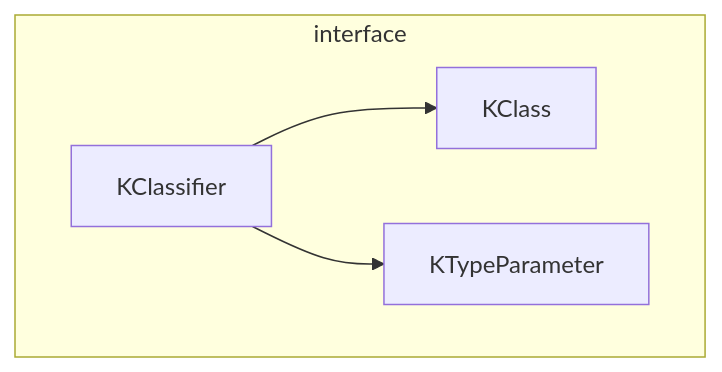
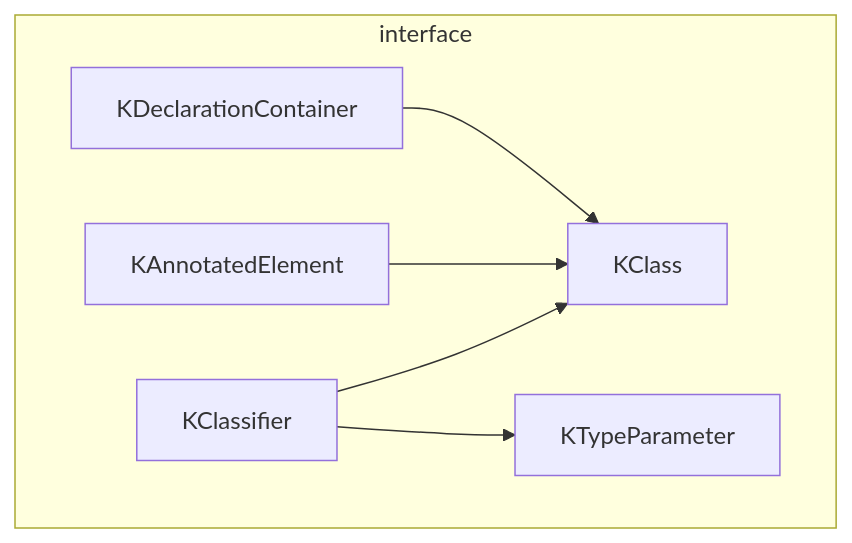
Before and after one commit to xujianhuaap/books: the second of 2 diagrams in 20220218_kotlin_reflect.md, drawn with Mermaid. The commit also changed other lines of this file, not shown here.

````diff
--- a/20220218_kotlin_reflect.md
+++ b/20220218_kotlin_reflect.md
@@ -51,7 +81,13 @@
 ```mermaid
 graph TB
 subgraph "interface"
 KClassifier -->
 KClass & KTypeParameter
+
+KAnnotatedElement --> 
+KClass
+
+KDeclarationContainer -->
+KClass
 end
 ```
````
